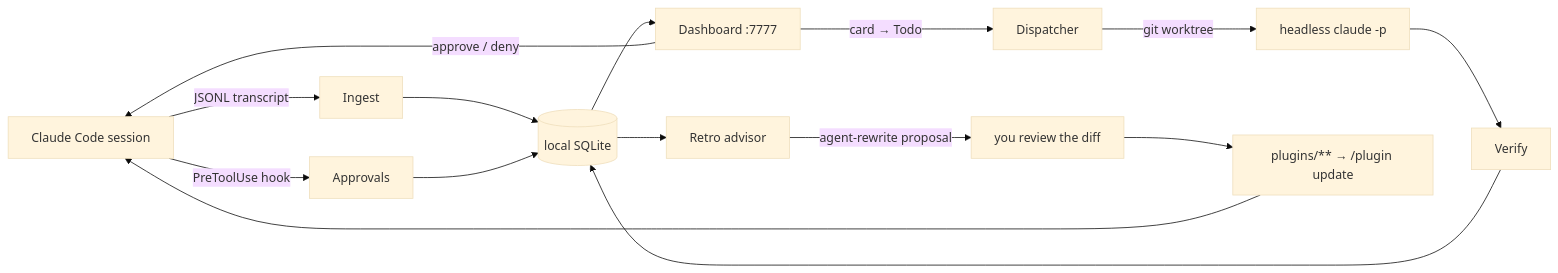
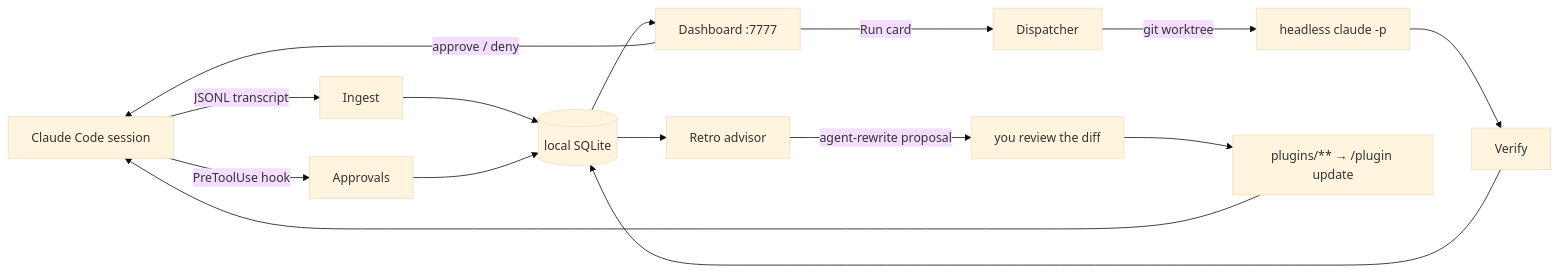
The diagram in README.md (Ava-91/swarmery), drawn with Mermaid (base theme) before and after one commit. The commit also changed other lines of this file and 2 other files, not shown here.

Commit message:
docs: update board workflow documentation

````diff
--- a/README.md
+++ b/README.md
@@ -143,17 +143,17 @@
 ```mermaid
 flowchart LR
     CC["Claude Code session"] -->|JSONL transcript| ING[Ingest]
     CC -->|PreToolUse hook| APPR[Approvals]
     ING --> DB[(local SQLite)]
     APPR --> DB
     DB --> UI["Dashboard :7777"]
     UI -->|approve / deny| CC
-    UI -->|card → Todo| DISP[Dispatcher]
+    UI -->|Run card| DISP[Dispatcher]
     DISP -->|git worktree| AGENT["headless claude -p"]
     AGENT --> VER[Verify]
     VER --> DB
     DB --> ADV[Retro advisor]
     ADV -->|agent-rewrite proposal| REVIEW["you review the diff"]
     REVIEW --> PLUGINS["plugins/** → /plugin update"]
     PLUGINS --> CC
 ```
````
